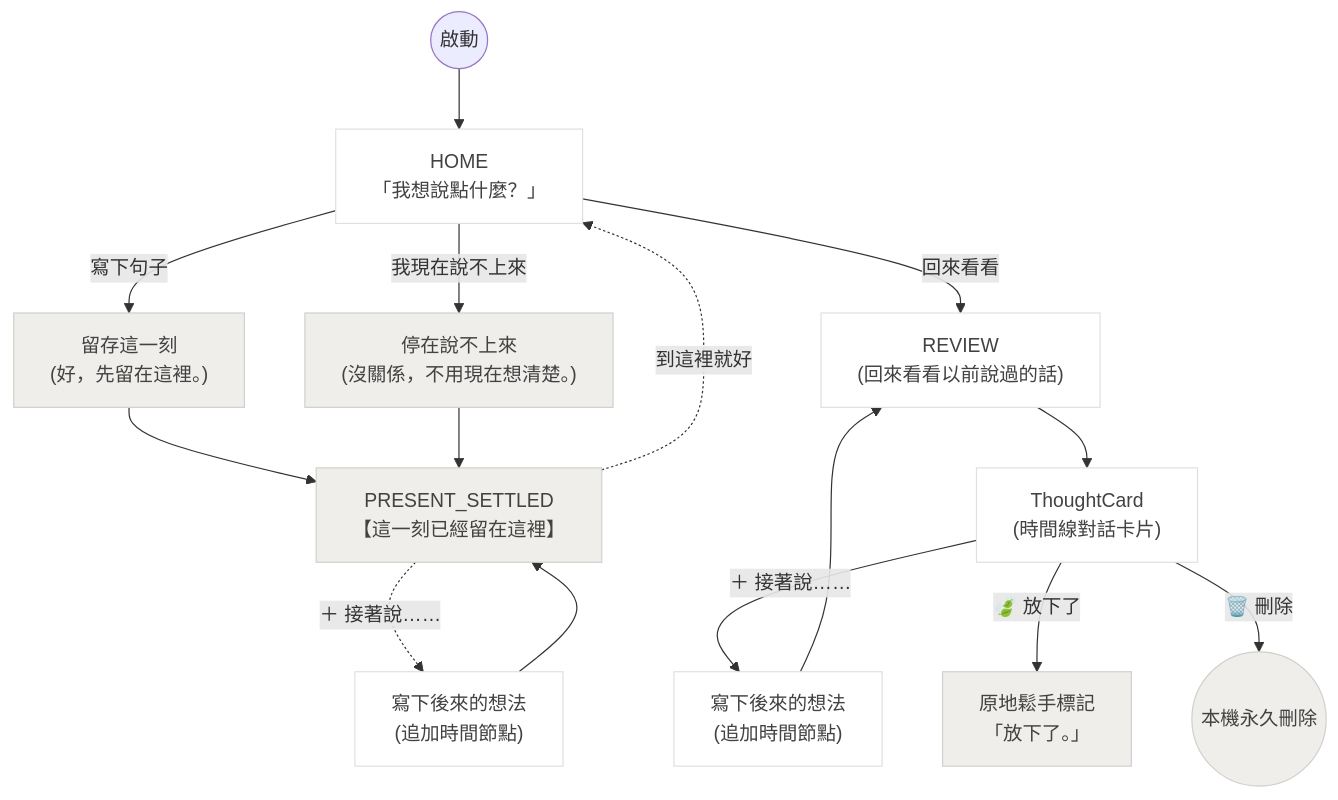
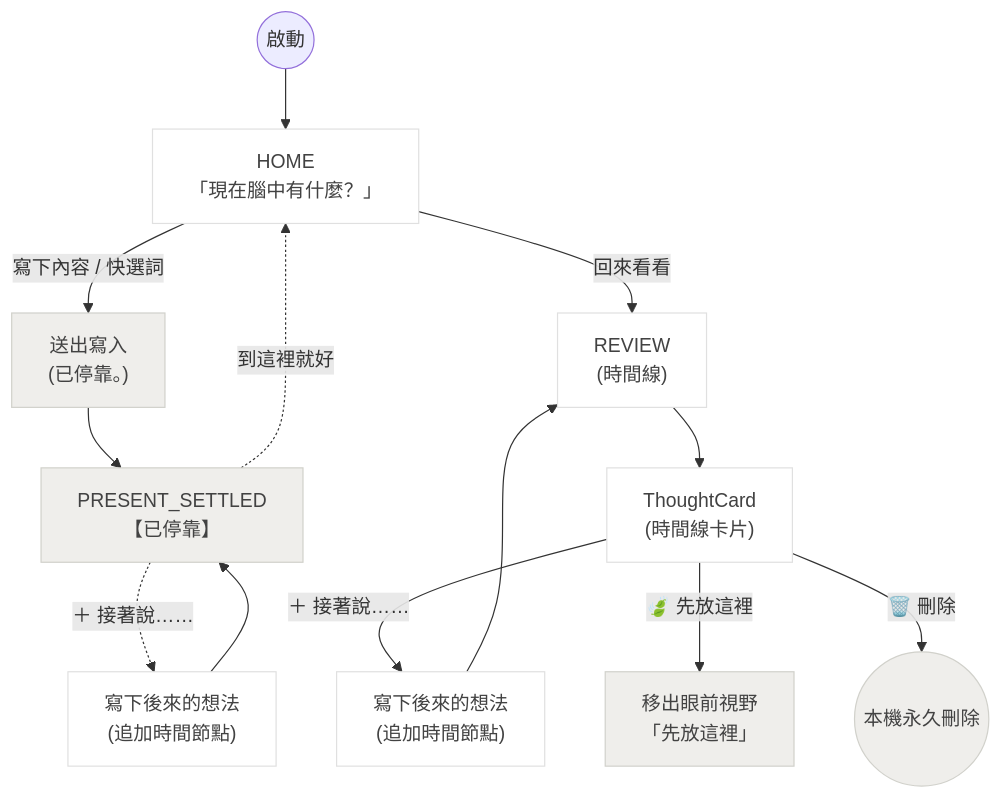
The diagram in flow_diagram.md (q5089877/privateMind), drawn with Mermaid before and after one commit. The commit also changed 5 other files, not shown here.

Commit message:
docs/refactor: align product charter and UI text with v6 positioning

````diff
--- a/flow_diagram.md
+++ b/flow_diagram.md
@@ -1,36 +1,34 @@
 ```mermaid
 flowchart TD
     %% 進入點
-    Start(("啟動")) --> HOME["HOME\n「我想說點什麼？」"]
+    Start(("啟動")) --> HOME["HOME\n「現在腦中有什麼？」"]
 
     %% HOME 選擇
-    HOME -- "寫下句子" --> SAVE["留存這一刻\n(好，先留在這裡。)"]
-    HOME -- "我現在說不上來" --> SAVE_UNPOKEN["停在說不上來\n(沒關係，不用現在想清楚。)"]
-    HOME -- "回來看看" --> REVIEW["REVIEW\n(回來看看以前說過的話)"]
+    HOME -- "寫下內容 / 快選詞" --> SAVE["送出寫入\n(已停靠。)"]
+    HOME -- "回來看看" --> REVIEW["REVIEW\n(時間線)"]
 
     %% 留存定格態
-    SAVE --> PRESENT["PRESENT_SETTLED\n【這一刻已經留在這裡】"]
-    SAVE_UNPOKEN --> PRESENT
+    SAVE --> PRESENT["PRESENT_SETTLED\n【已停靠】"]
 
     %% 留存後出口
     PRESENT -. "到這裡就好" .-> HOME
     PRESENT -. "＋ 接著說……" .-> APPEND_PRESENT["寫下後來的想法\n(追加時間節點)"]
     APPEND_PRESENT --> PRESENT
 
-    %% 回來看看 (REVIEW) 與卡片互動模組
-    REVIEW --> TCARD["ThoughtCard\n(時間線對話卡片)"]
+    %% 時間線 (REVIEW) 與卡片互動模組
+    REVIEW --> TCARD["ThoughtCard\n(時間線卡片)"]
     
-    %% 卡片支線操作
+    %% 卡片 3 個物理操作
     TCARD -- "＋ 接著說……" --> APPEND_REVIEW["寫下後來的想法\n(追加時間節點)"]
     APPEND_REVIEW --> REVIEW
 
-    TCARD -- "🍃 放下了" --> RELEASE_STATE["原地鬆手標記\n「放下了。」"]
+    TCARD -- "🍃 先放這裡" --> RELEASE_STATE["移出眼前視野\n「先放這裡」"]
     TCARD -- "🗑️ 刪除" --> DELETE_STATE(("本機永久刪除"))
 
     %% 樣式定義
     classDef state fill:#FFFFFF,stroke:#E0E0E0,stroke-width:1px,color:#424242;
     classDef ending fill:#EFEEEB,stroke:#D1D1CB,stroke-width:1px,color:#424242;
     
     class HOME,REVIEW,APPEND_PRESENT,APPEND_REVIEW,TCARD state;
-    class PRESENT,SAVE,SAVE_UNPOKEN,RELEASE_STATE,DELETE_STATE ending;
+    class PRESENT,SAVE,RELEASE_STATE,DELETE_STATE ending;
 ```
````
